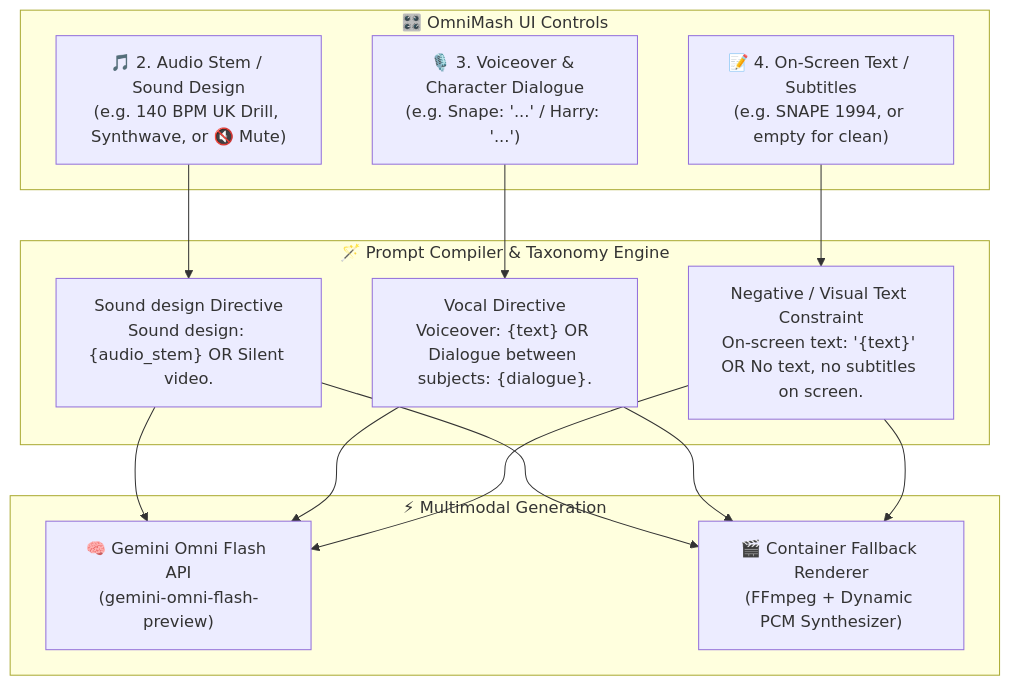
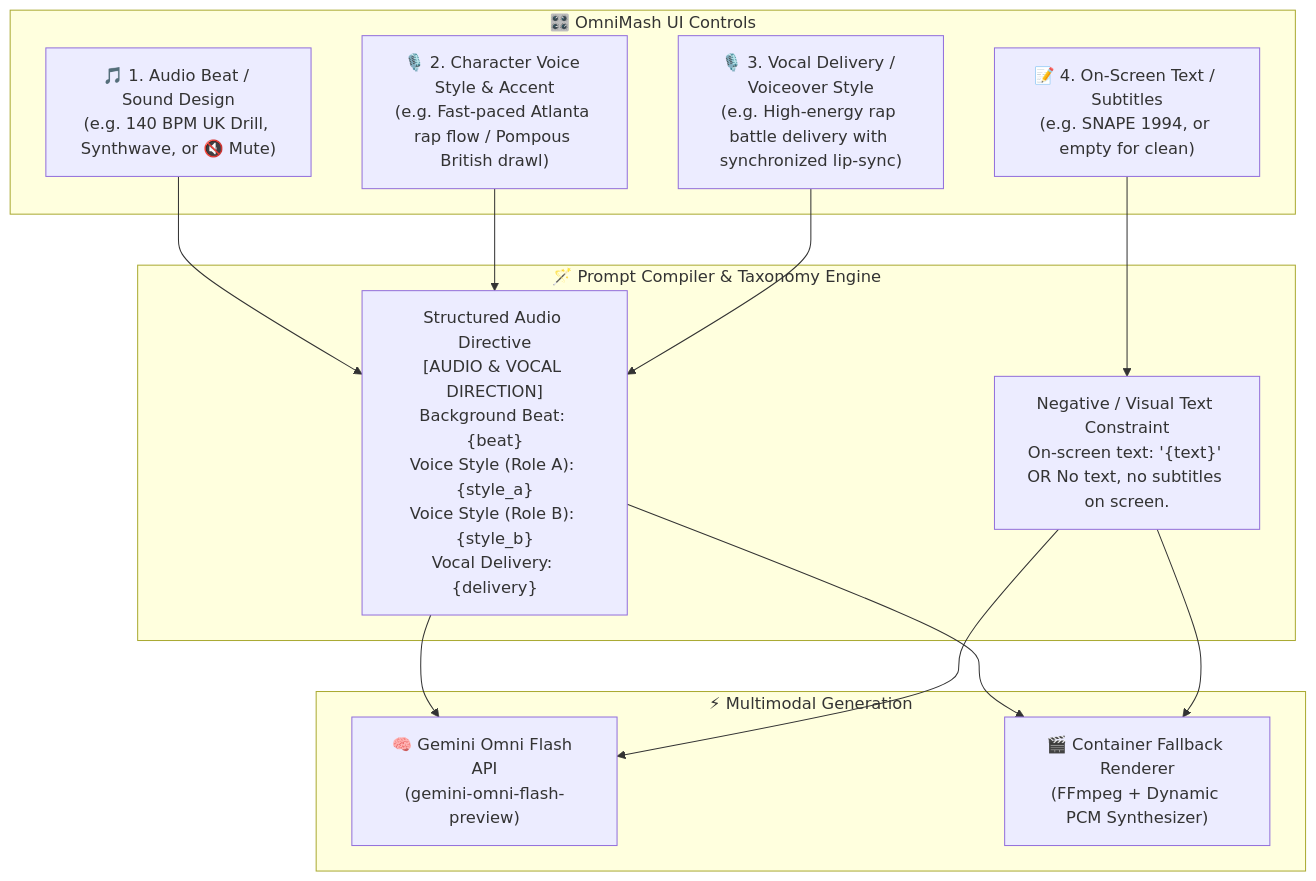
The diagram in docs/notes/audio_dialogue_and_voiceover_prompting.md (tottenjordan/omnimash), drawn with Mermaid before and after one commit. The commit also changed other lines of this file and 2 other files, not shown here.

Commit message:
docs: update documentation and screenshots for voice styles and audio direction

````diff
--- a/docs/notes/audio_dialogue_and_voiceover_prompting.md
+++ b/docs/notes/audio_dialogue_and_voiceover_prompting.md
@@ -12,31 +12,30 @@
 ```mermaid
 flowchart TD
     subgraph UI_Inputs [🎛️ OmniMash UI Controls]
-        A["🎵 2. Audio Stem / Sound Design<br>(e.g. 140 BPM UK Drill, Synthwave, or 🔇 Mute)"]
-        B["🎙️ 3. Voiceover & Character Dialogue<br>(e.g. Snape: '...' / Harry: '...')"]
-        C["📝 4. On-Screen Text / Subtitles<br>(e.g. SNAPE 1994, or empty for clean)"]
+        A["🎵 1. Audio Beat / Sound Design<br>(e.g. 140 BPM UK Drill, Synthwave, or 🔇 Mute)"]
+        B["🎙️ 2. Character Voice Style & Accent<br>(e.g. Fast-paced Atlanta rap flow / Pompous British drawl)"]
+        C["🎙️ 3. Vocal Delivery / Voiceover Style<br>(e.g. High-energy rap battle delivery with synchronized lip-sync)"]
+        D["📝 4. On-Screen Text / Subtitles<br>(e.g. SNAPE 1994, or empty for clean)"]
     end
 
     subgraph Compiler [🪄 Prompt Compiler & Taxonomy Engine]
-        D["Sound design Directive<br>Sound design: {audio_stem} OR Silent video."]
-        E["Vocal Directive<br>Voiceover: {text} OR Dialogue between subjects: {dialogue}."]
+        E["Structured Audio Directive<br>[AUDIO & VOCAL DIRECTION]<br>Background Beat: {beat}<br>Voice Style (Role A): {style_a}<br>Voice Style (Role B): {style_b}<br>Vocal Delivery: {delivery}"]
         F["Negative / Visual Text Constraint<br>On-screen text: '{text}' OR No text, no subtitles on screen."]
     end
 
     subgraph Model_Execution [⚡ Multimodal Generation]
         G1["🧠 Gemini Omni Flash API<br>(gemini-omni-flash-preview)"]
         G2["🎬 Container Fallback Renderer<br>(FFmpeg + Dynamic PCM Synthesizer)"]
     end
 
-    A --> D
+    A --> E
     B --> E
-    C --> F
+    C --> E
+    D --> F
 
-    D --> G1
     E --> G1
     F --> G1
 
-    D --> G2
     E --> G2
     F --> G2
 ```
````
